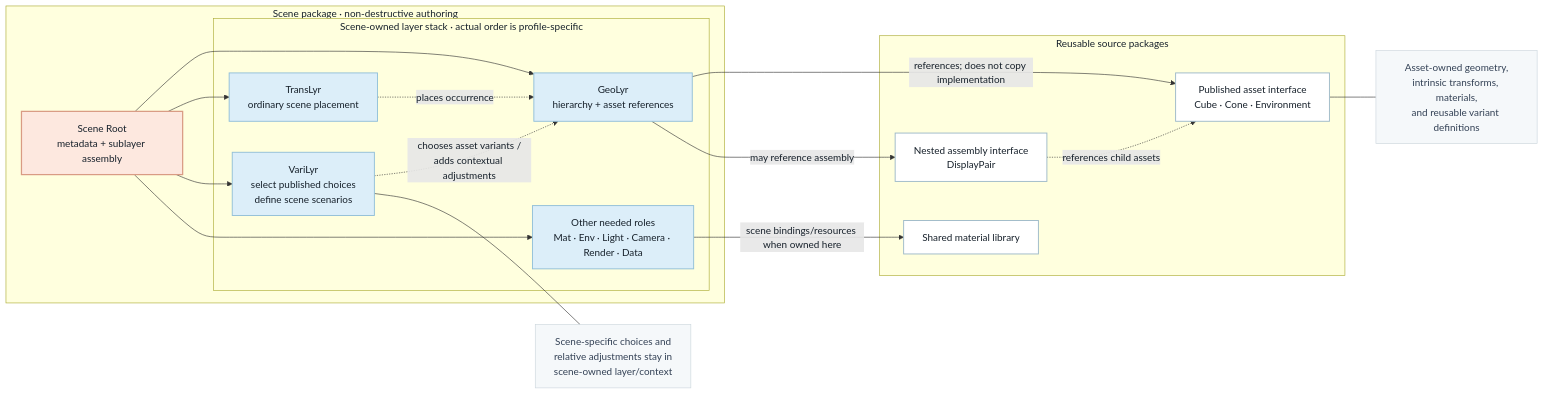
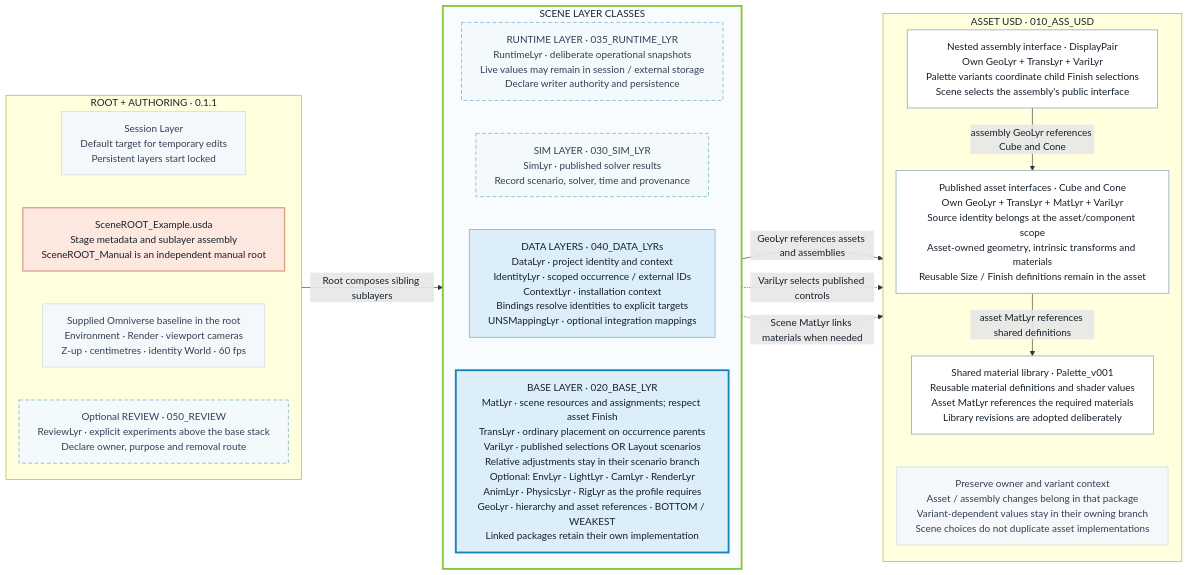
Before and after one commit to jph2/OpenUSD_GoodStart_CompositionContract: the diagram in CompositionContracts.md, drawn with Mermaid. The commit also changed other lines of this file and 55 other files, not shown here.

Commit message:
Refine 0.1.1 composition contracts and scene ownership examples

````diff
--- a/CompositionContracts.md
+++ b/CompositionContracts.md
@@ -13,41 +13,58 @@
 ```mermaid
+%%{init: {"flowchart": {"wrappingWidth": 380, "nodeSpacing": 22, "rankSpacing": 28}}}%%
 flowchart LR
-    subgraph SRC[Reusable source packages]
-        A["Published asset interface<br/>Cube · Cone · Environment"]
-        B["Nested assembly interface<br/>DisplayPair"]
-        M["Shared material library"]
-        B -. "references child assets" .-> A
+    accTitle: OpenUSD Composition Contracts 0.1.1 - Root, scene stack and reusable sources
+    accDescr: Left to right, the root assembles a vertical scene layer stack with GeoLyr at the bottom. Reusable assets, assemblies and materials retain their own implementation and variant context.
+    %% Connect the column subgraphs, keeping their internal TB layout intact.
+    subgraph ENTRY["ROOT + AUTHORING · 0.1.1"]
+        direction TB
+        Session["Session Layer<br/>Default target for temporary edits<br/>Persistent layers start locked"]
+        R["SceneROOT_Example.usda<br/>Stage metadata and sublayer assembly<br/>SceneROOT_Manual is an independent manual root"]
+        Startup["Supplied Omniverse baseline in the root<br/>Environment · Render · viewport cameras<br/>Z-up · centimetres · identity World · 60 fps"]
+        Session ~~~ R
+        R ~~~ Startup
+        Review["Optional REVIEW · 050_REVIEW<br/>ReviewLyr · explicit experiments above the base stack<br/>Declare owner, purpose and removal route"]
+        Startup ~~~ Review
     end
 
-    subgraph SCENE[Scene package · non-destructive authoring]
-        R["Scene Root<br/>metadata + sublayer assembly"]
-        subgraph STACK[Scene-owned layer stack · actual order is profile-specific]
-            G["GeoLyr<br/>hierarchy + asset references"]
-            T["TransLyr<br/>ordinary scene placement"]
-            V["VariLyr<br/>select published choices<br/>define scene scenarios"]
-            X["Other needed roles<br/>Mat · Env · Light · Camera · Render · Data"]
-        end
-        R --> G
-        R --> T
-        R --> V
-        R --> X
-        T -. "places occurrence" .-> G
-        V -. "chooses asset variants /<br/>adds contextual adjustments" .-> G
+    subgraph STACK["SCENE LAYER CLASSES"]
+        direction TB
+        RT["RUNTIME LAYER · 035_RUNTIME_LYR<br/>RuntimeLyr · deliberate operational snapshots<br/>Live values may remain in session / external storage<br/>Declare writer authority and persistence"]
+        S["SIM LAYER · 030_SIM_LYR<br/>SimLyr · published solver results<br/>Record scenario, solver, time and provenance"]
+        D["DATA LAYERS · 040_DATA_LYRs<br/>DataLyr · project identity and context<br/>IdentityLyr · scoped occurrence / external IDs<br/>ContextLyr · installation context<br/>Bindings resolve identities to explicit targets<br/>UNSMappingLyr · optional integration mappings"]
+        BASE["BASE LAYER · 020_BASE_LYR<br/>MatLyr · scene resources and assignments; respect asset Finish<br/>TransLyr · ordinary placement on occurrence parents<br/>VariLyr · published selections OR Layout scenarios<br/>Relative adjustments stay in their scenario branch<br/>Optional: EnvLyr · LightLyr · CamLyr · RenderLyr<br/>AnimLyr · PhysicsLyr · RigLyr as the profile requires<br/>GeoLyr · hierarchy and asset references · BOTTOM / WEAKEST<br/>Linked packages retain their own implementation"]
+        RT ~~~ S
+        S ~~~ D
+        D ~~~ BASE
     end
 
-    G -->|"references; does not copy implementation"| A
-    G -->|"may reference assembly"| B
-    X -->|"scene bindings/resources when owned here"| M
+    subgraph SRC["ASSET USD · 010_ASS_USD"]
+        direction TB
+        B["Nested assembly interface · DisplayPair<br/>Own GeoLyr + TransLyr + VariLyr<br/>Palette variants coordinate child Finish selections<br/>Scene selects the assembly's public interface"]
+        A["Published asset interfaces · Cube and Cone<br/>Own GeoLyr + TransLyr + MatLyr + VariLyr<br/>Source identity belongs at the asset/component scope<br/>Asset-owned geometry, intrinsic transforms and materials<br/>Reusable Size / Finish definitions remain in the asset"]
+        Library["Shared material library · Palette_v001<br/>Reusable material definitions and shader values<br/>Asset MatLyr references the required materials<br/>Library revisions are adopted deliberately"]
+        Context["Preserve owner and variant context<br/>Asset / assembly changes belong in that package<br/>Variant-dependent values stay in their owning branch<br/>Scene choices do not duplicate asset implementations"]
+        B -->|"assembly GeoLyr references Cube and Cone"| A
+        A -->|"asset MatLyr references shared definitions"| Library
+        Library ~~~ Context
+    end
 
-    A --- A1["Asset-owned geometry,<br/>intrinsic transforms, materials,<br/>and reusable variant definitions"]
-    V --- V1["Scene-specific choices and<br/>relative adjustments stay in<br/>scene-owned layer/context"]
+    ENTRY -->|"Root composes sibling sublayers"| STACK
+    STACK -->|"GeoLyr references assets and assemblies"| SRC
+    STACK -.->|"VariLyr selects published controls"| SRC
+    STACK -.->|"Scene MatLyr links materials when needed"| SRC
 
     classDef root fill:#fde8df,stroke:#d99b84,color:#17212b,stroke-width:2px
     classDef layer fill:#dceef9,stroke:#91bfd8,color:#17212b,stroke-width:1.5px
+    classDef optional fill:#f4f9fc,stroke:#91bfd8,color:#334155,stroke-width:1.5px,stroke-dasharray:6 4
+    classDef base fill:#dceef9,stroke:#1685bd,color:#17212b,stroke-width:3px
     classDef asset fill:#ffffff,stroke:#9db9c8,color:#17212b,stroke-width:1.5px
     classDef note fill:#f5f8fa,stroke:#cbd6dc,color:#334155
     class R root
-    class G,T,V,X layer
-    class A,B,M asset
-    class A1,V1 note
+    class D layer
+    class RT,S,Review optional
+    class BASE base
+    class B,A,Library asset
+    class Session,Startup,Context note
+    style STACK fill:#f8fcff,stroke:#84c83d,stroke-width:3px
 ```
````
